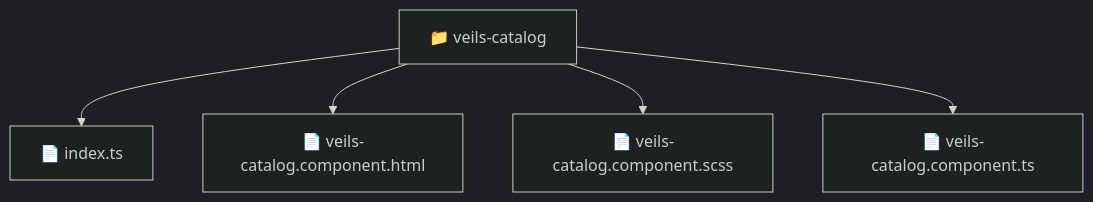
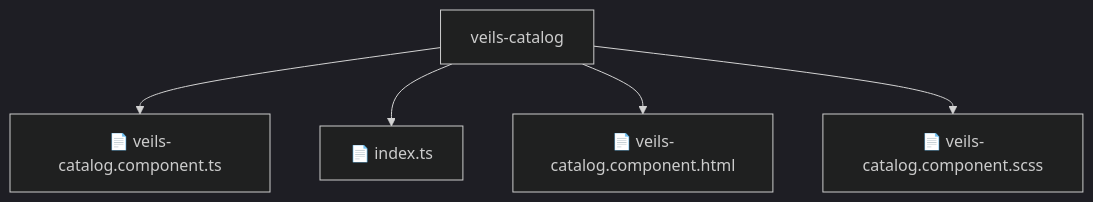
The diagram in frontend/src/pages/veils-catalog/README.md (beginwebdev2002/fullstack-mavluda), drawn with Mermaid (dark theme) before and after one commit. The commit also changed other lines of this file and 155 other files, not shown here.

````diff
--- a/frontend/src/pages/veils-catalog/README.md
+++ b/frontend/src/pages/veils-catalog/README.md
@@ -10,8 +14,8 @@
 ```mermaid
 graph TD
-  Root["📁 veils-catalog"]
-  Root --> indexts["📄 index.ts"]
-  Root --> veilscatalogcomponenthtml["📄 veils-catalog.component.html"]
-  Root --> veilscatalogcomponentscss["📄 veils-catalog.component.scss"]
-  Root --> veilscatalogcomponentts["📄 veils-catalog.component.ts"]
+    Root[veils-catalog]
+    Root --> F0[📄 veils-catalog.component.ts]
+    Root --> F1[📄 index.ts]
+    Root --> F2[📄 veils-catalog.component.html]
+    Root --> F3[📄 veils-catalog.component.scss]
 ```
````
